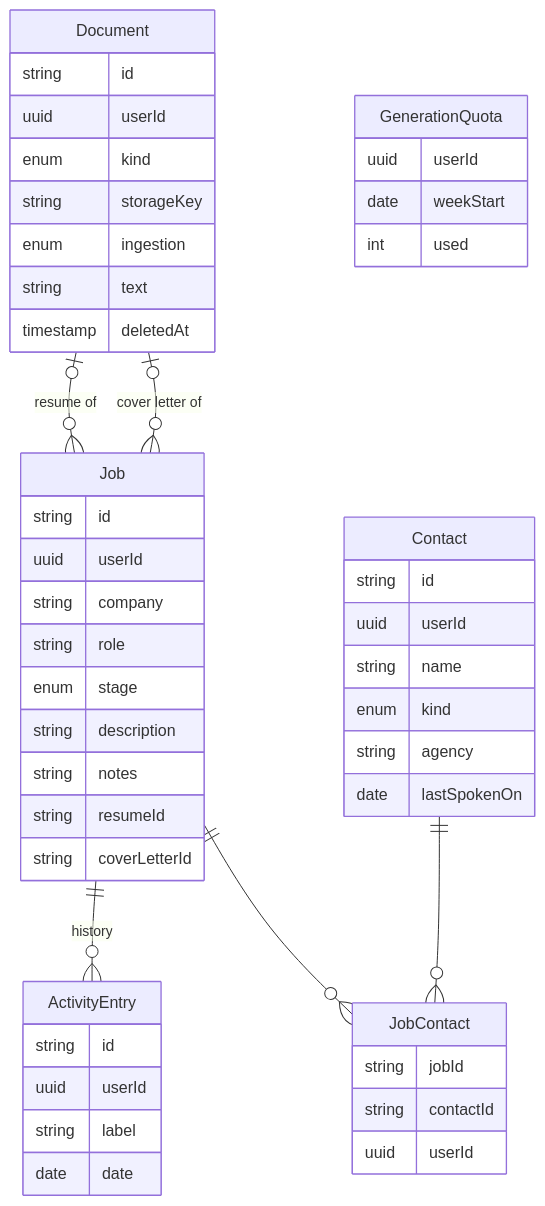
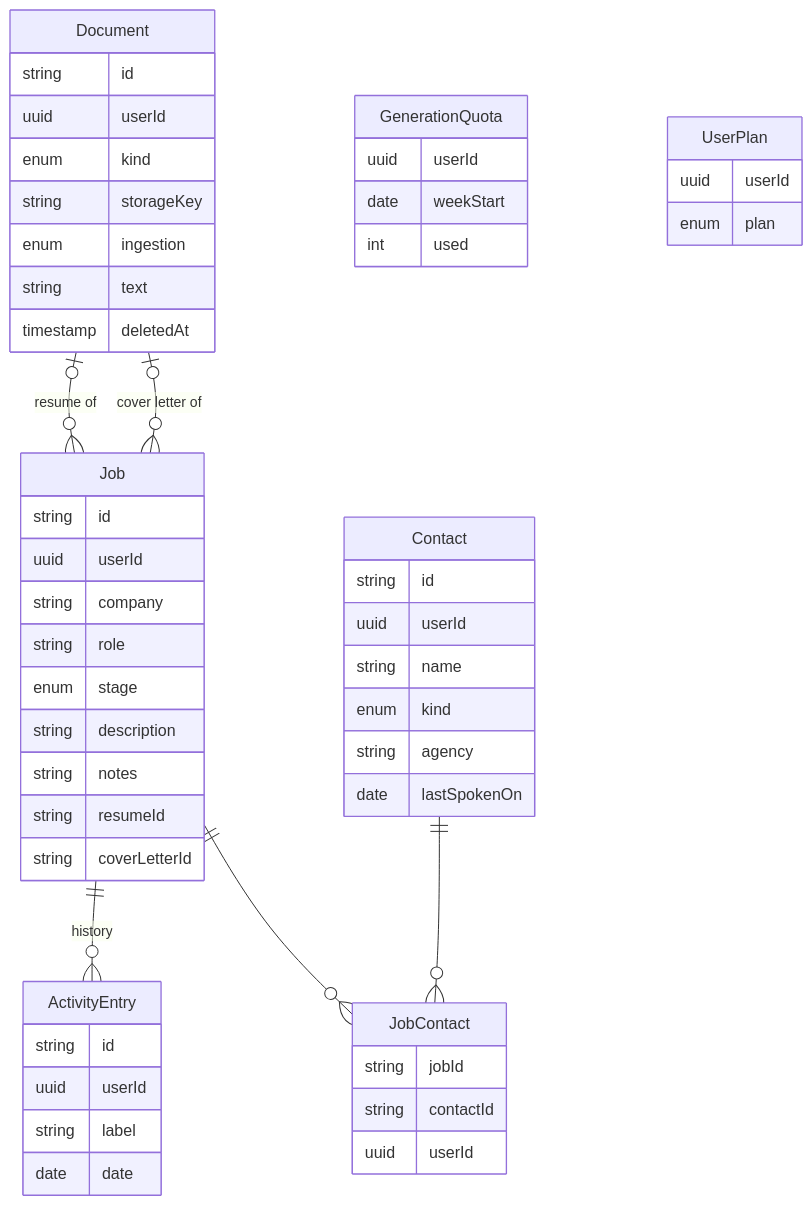
The sixth of 6 diagrams in docs/architecture.md (craigblunden/trailhead), drawn with Mermaid before and after one commit. The commit also changed other lines of this file and 17 other files, not shown here.

````diff
--- a/docs/architecture.md
+++ b/docs/architecture.md
@@ -182,53 +182,57 @@
 ```mermaid
 erDiagram
   Job ||--o{ ActivityEntry : "history"
   Job ||--o{ JobContact : ""
   Contact ||--o{ JobContact : ""
   Document |o--o{ Job : "resume of"
   Document |o--o{ Job : "cover letter of"
 
   Job {
     string id
     uuid userId
     string company
     string role
     enum stage
     string description
     string notes
     string resumeId
     string coverLetterId
   }
   Contact {
     string id
     uuid userId
     string name
     enum kind
     string agency
     date lastSpokenOn
   }
   JobContact {
     string jobId
     string contactId
     uuid userId
   }
   ActivityEntry {
     string id
     uuid userId
     string label
     date date
   }
   Document {
     string id
     uuid userId
     enum kind
     string storageKey
     enum ingestion
     string text
     timestamp deletedAt
   }
   GenerationQuota {
     uuid userId
     date weekStart
     int used
   }
+  UserPlan {
+    uuid userId
+    enum plan
+  }
 ```
````
